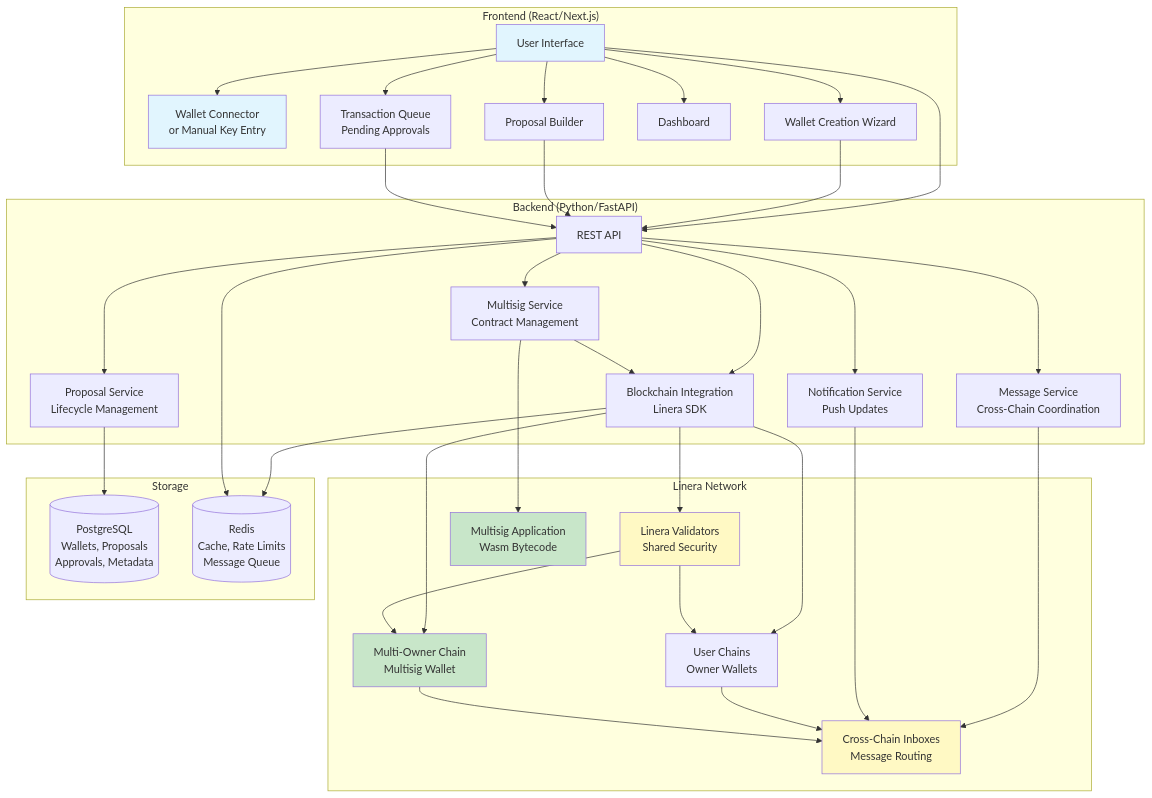
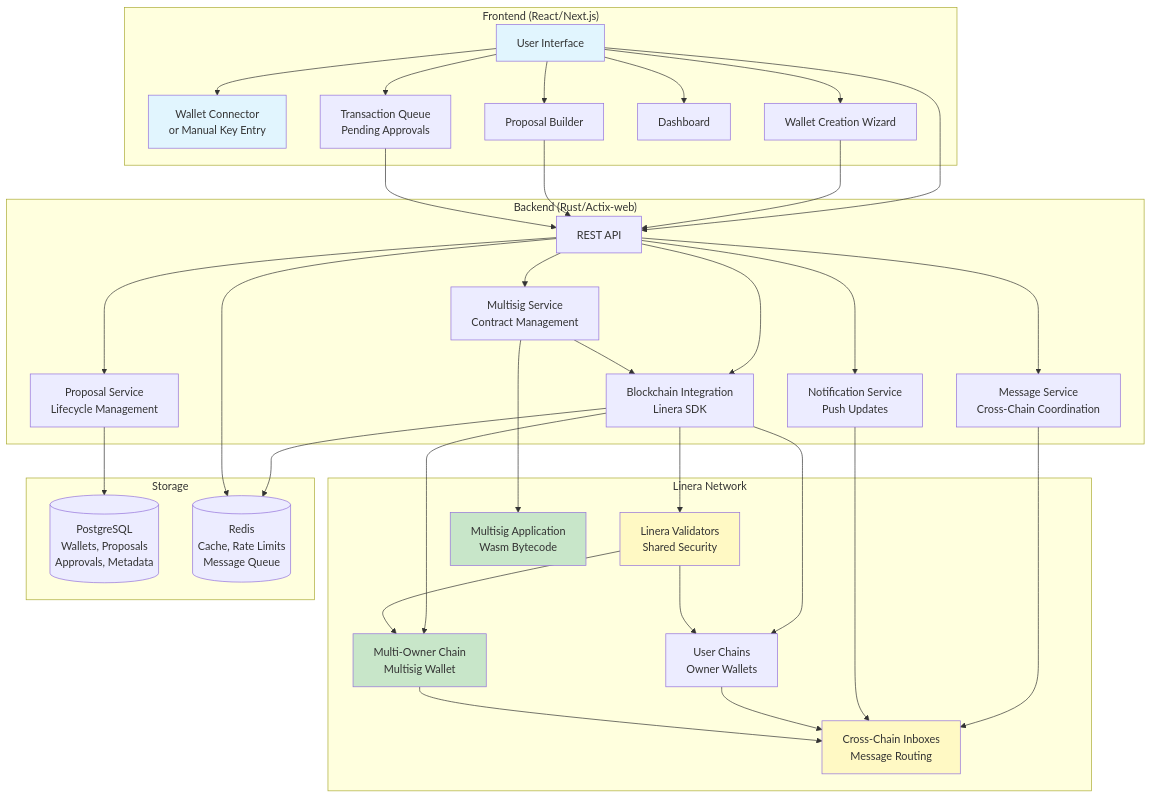
One commit to keyper-labs/linera.dev changed the first of 3 diagrams in docs/PROPOSAL/linera-multisig-platform-proposal.md. Above: the diagram before and after it, drawn with Mermaid. The commit also changed other lines of this file, not shown here.

First line of the commit message:
fix: correct architecture to Rust Full-Stack (remove Python/FastAPI)

````diff
--- a/docs/PROPOSAL/linera-multisig-platform-proposal.md
+++ b/docs/PROPOSAL/linera-multisig-platform-proposal.md
@@ -91,73 +91,73 @@
 ```mermaid
 graph TB
     subgraph "Frontend (React/Next.js)"
         UI[User Interface]
         Wallet[Wallet Connector<br/>or Manual Key Entry]
         Wizard[Wallet Creation Wizard]
         Proposal[Proposal Builder]
         Dashboard[Dashboard]
         Queue[Transaction Queue<br/>Pending Approvals]
     end
 
-    subgraph "Backend (Python/FastAPI)"
+    subgraph "Backend (Rust/Actix-web)"
         API[REST API]
         MultisigSvc[Multisig Service<br/>Contract Management]
         ProposalSvc[Proposal Service<br/>Lifecycle Management]
         BlockchainSvc[Blockchain Integration<br/>Linera SDK]
         MessageSvc[Message Service<br/>Cross-Chain Coordination]
         NotificationSvc[Notification Service<br/>Push Updates]
     end
 
     subgraph "Linera Network"
         Validators[Linera Validators<br/>Shared Security]
         UserChains[User Chains<br/>Owner Wallets]
         MultiChain[Multi-Owner Chain<br/>Multisig Wallet]
         Contract[Multisig Application<br/>Wasm Bytecode]
         Inboxes[Cross-Chain Inboxes<br/>Message Routing]
     end
 
     subgraph "Storage"
         Postgres[(PostgreSQL<br/>Wallets, Proposals<br/>Approvals, Metadata)]
         Redis[(Redis<br/>Cache, Rate Limits<br/>Message Queue)]
     end
 
     UI --> Wallet
     UI --> Wizard
     UI --> Proposal
     UI --> Dashboard
     UI --> Queue
     UI --> API
     Wizard --> API
     Proposal --> API
     Queue --> API
 
     API --> MultisigSvc
     API --> ProposalSvc
     API --> BlockchainSvc
     API --> MessageSvc
     API --> NotificationSvc
 
     MultisigSvc --> BlockchainSvc
     ProposalSvc --> Postgres
     MessageSvc --> Inboxes
     NotificationSvc --> Inboxes
 
     BlockchainSvc --> Validators
     BlockchainSvc --> UserChains
     BlockchainSvc --> MultiChain
     MultisigSvc --> Contract
 
     Validators --> UserChains
     Validators --> MultiChain
     UserChains --> Inboxes
     MultiChain --> Inboxes
     BlockchainSvc --> Redis
     API --> Redis
 
     style UI fill:#e1f5fe
     style Wallet fill:#e1f5fe
     style MultiChain fill:#c8e6c9
     style Contract fill:#c8e6c9
     style Inboxes fill:#fff9c4
     style Validators fill:#fff9c4
 ```
````
